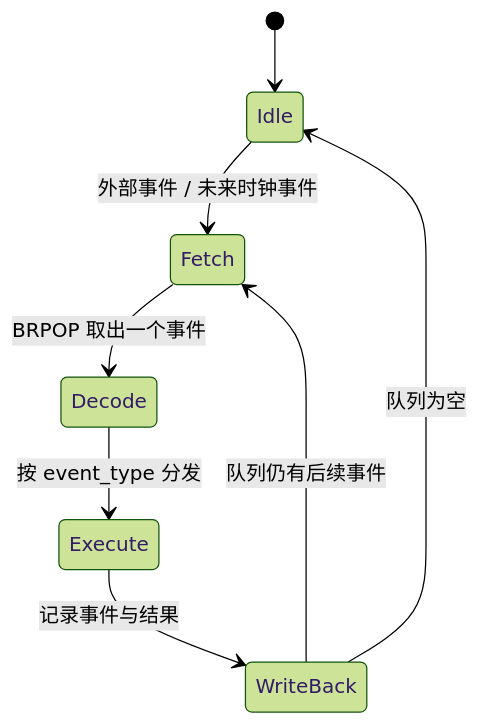
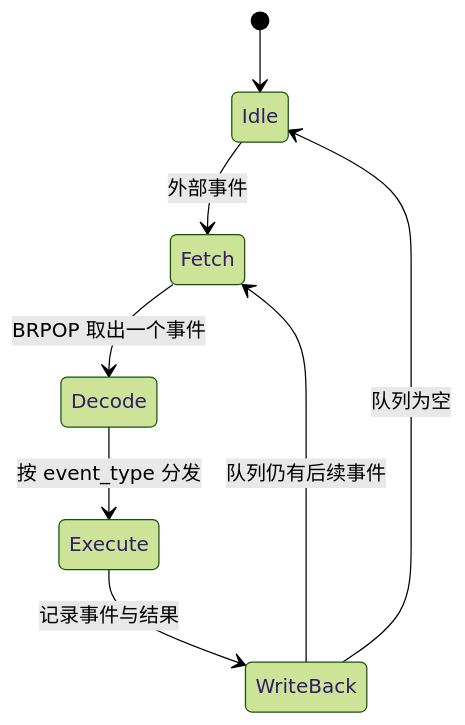
The first of 2 diagrams in docs/00-设计哲学.md (g-Ironfox/AAgent), drawn with Mermaid (forest theme) before and after one commit. The commit also changed other lines of this file and 12 other files, not shown here.

````diff
--- a/docs/00-设计哲学.md
+++ b/docs/00-设计哲学.md
@@ -50,10 +86,10 @@
 ```mermaid
 stateDiagram-v2
     [*] --> Idle
-    Idle --> Fetch: 外部事件 / 未来时钟事件
+    Idle --> Fetch: 外部事件
     Fetch --> Decode: BRPOP 取出一个事件
     Decode --> Execute: 按 event_type 分发
     Execute --> WriteBack: 记录事件与结果
     WriteBack --> Fetch: 队列仍有后续事件
     WriteBack --> Idle: 队列为空
 ```
````
